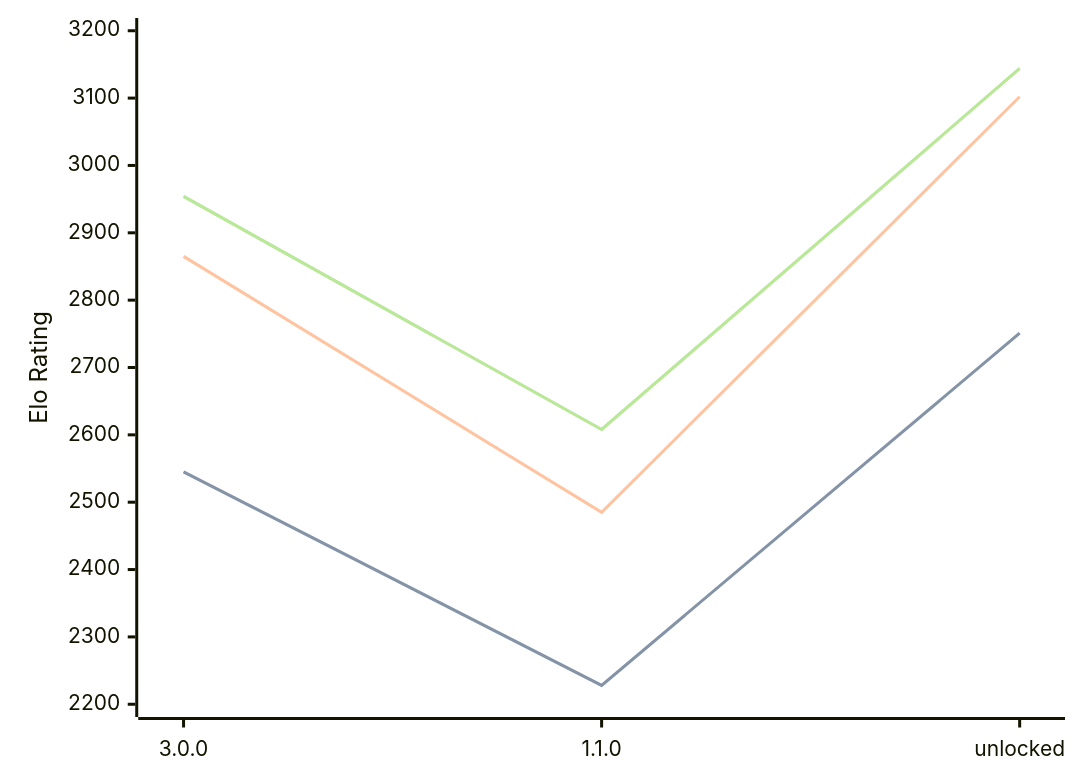
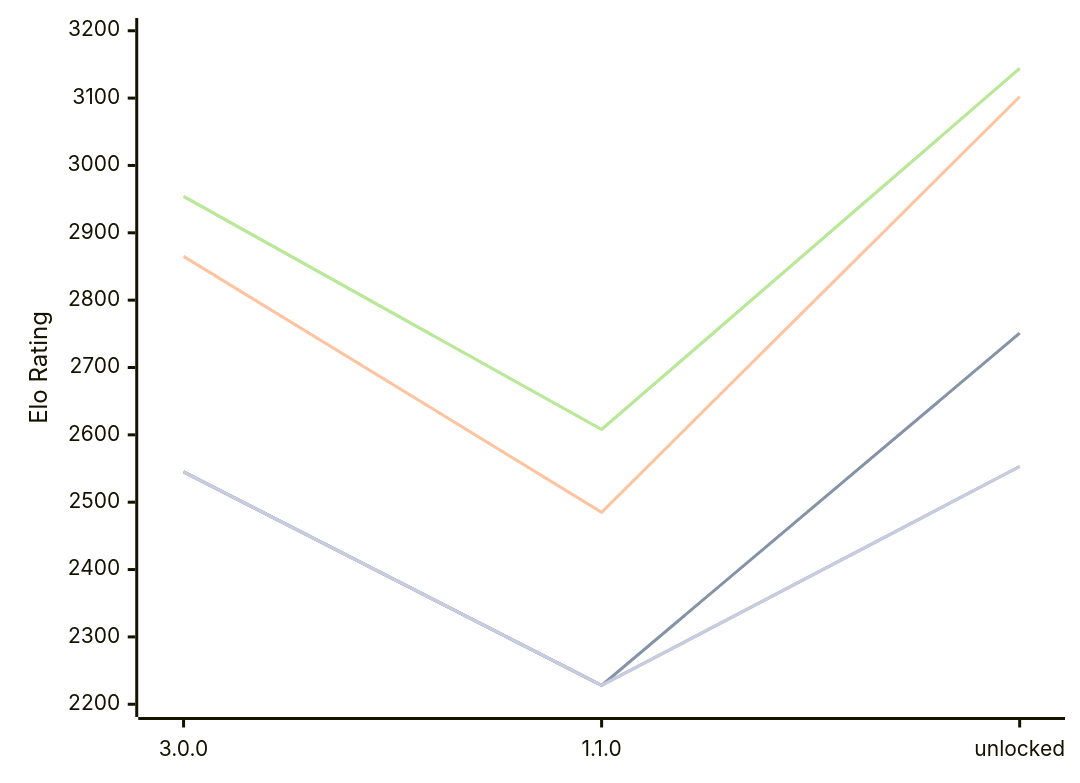
Before and after one commit to computer-chess-index/cci: the diagram in engines/Potential.md, drawn with Mermaid. The commit also changed other lines of this file, not shown here.

Commit message:
Update CCI Ratings (ELO VLTC) - 2026-10-11

````diff
--- a/engines/Potential.md
+++ b/engines/Potential.md
@@ -49,16 +49,13 @@
 ```mermaid
 %%{init: {"theme":"base","themeVariables":{"seriesColors:['#a3a3a3','#222221','#faa371']}}}%%
 xychart-beta
   x-axis ["3.0.0", "1.1.0", "unlocked"]
   y-axis "Elo Rating" 2200 --> 3200
   line "" [2545, 2228, 2751]
   line "T1: STC (8.0+0.08s)" [2545, 2228, 2751]
   line "T1: LTC (60.0+0.60s)" [2865, 2485, 3102]
   line "" [2954, 2608, 3144]
   line "T1: VLTC (2m24s+1.12s)" [2954, 2608, 3144]
-  line "" [2543]
-  line "E1: STC (8.0+0.08s)" [2543]
-  line "E1: LTC (60.0+0.60s)" [3002]
-  line "" [3082]
-  line "E1: VLTC (2m24s+1.12s)" [3082]
+  line "" [2545, 2228,2553]
+  line "E1: STC (8.0+0.08s)" [2545, 2228,2553]
 ```
````
